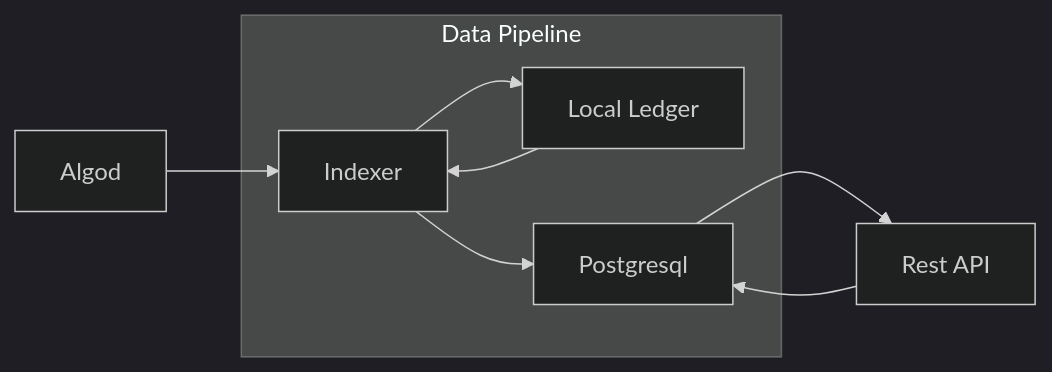
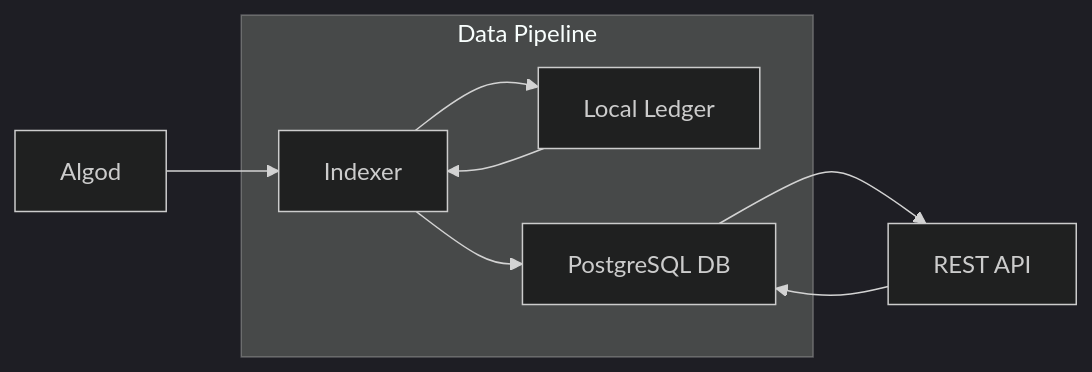
One commit to algorandfoundation/docs changed the first of 5 diagrams in docs/get-details/conduit/tutorials/IndexerMigration.md. Above: the diagram before and after it, drawn with Mermaid (dark theme). The commit also changed other lines of this file and 9 other files, not shown here.

````diff
--- a/docs/get-details/conduit/tutorials/IndexerMigration.md
+++ b/docs/get-details/conduit/tutorials/IndexerMigration.md
@@ -17,17 +22,17 @@
 ```mermaid
 graph LR;
     algod["Algod"]
     index["Indexer"]
     ledger["Local Ledger"]
-    psql["Postgresql"]
-    restapi["Rest API"]
+    db["PostgreSQL DB"]
+    restapi["REST API"]
     
     algod-->index;
     subgraph "Data Pipeline"
         index-->ledger;
         ledger-->index;
-        index-->psql;
+        index-->db;
     end
-    psql-->restapi;
-    restapi-->psql;
+    db-->restapi;
+    restapi-->db;
 ```
````
